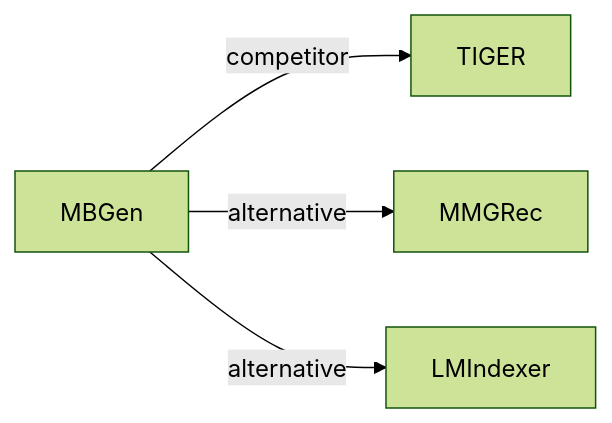
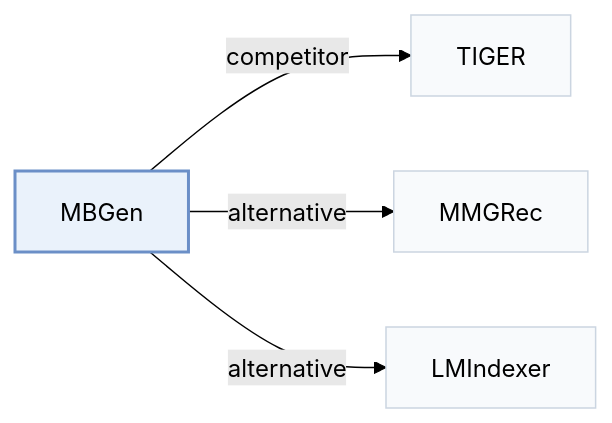
Before and after one commit to Galaxy-ghost/Awesome-SID-Generative-Rec: the second of 2 diagrams in pages/papers/mbgen.md, drawn with Mermaid (forest theme). The commit also changed other lines of this file and 649 other files, not shown here.

Commit message:
writer-05: also tags and modality index (schema, check, build, visuals); summary field removed; calibration data for 12 papers

````diff
--- a/pages/papers/mbgen.md
+++ b/pages/papers/mbgen.md
@@ -69,7 +74,11 @@
 ```mermaid
 flowchart LR
     P["MBGen"]
-    P -->|competitor| A["TIGER"]
-    P -->|alternative| B["MMGRec"]
-    P -->|alternative| C["LMIndexer"]
+    P -->|"competitor"| A["TIGER"]
+    P -->|"alternative"| B["MMGRec"]
+    P -->|"alternative"| C["LMIndexer"]
+    classDef main fill:#eaf2fb,stroke:#6b8fc7,stroke-width:2px
+    classDef peer fill:#f8fafc,stroke:#cbd5e1
+    class P main
+    class A,B,C peer
 ```
````
